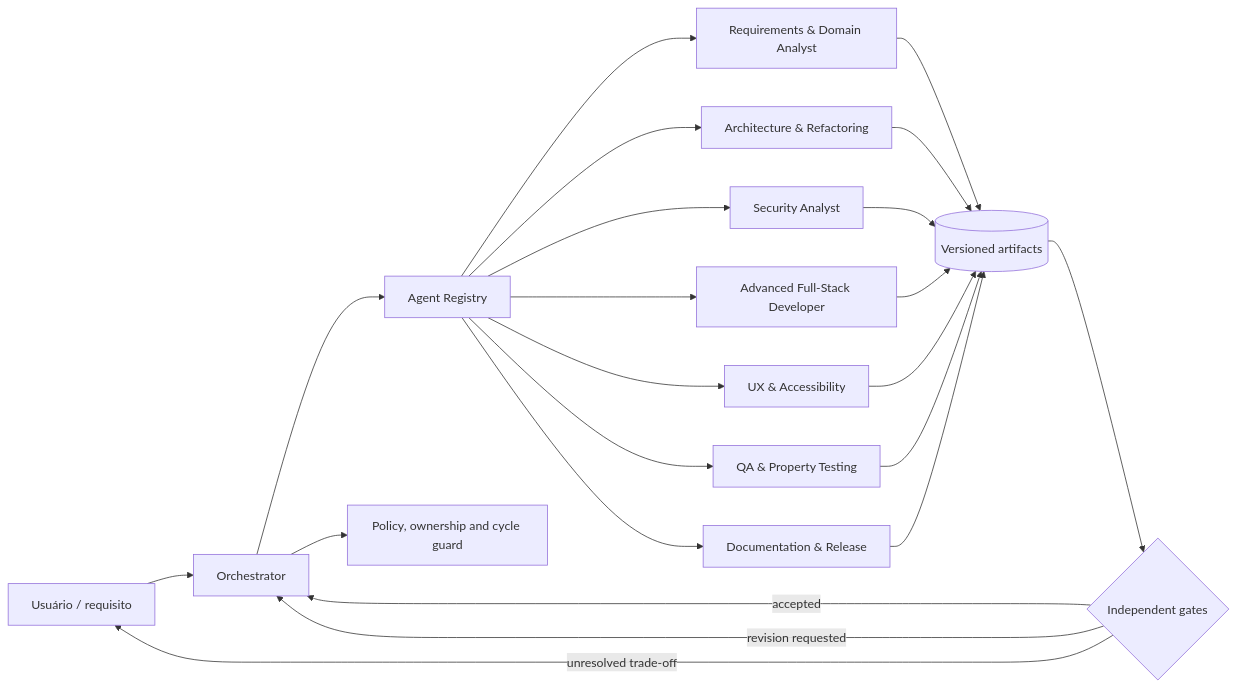
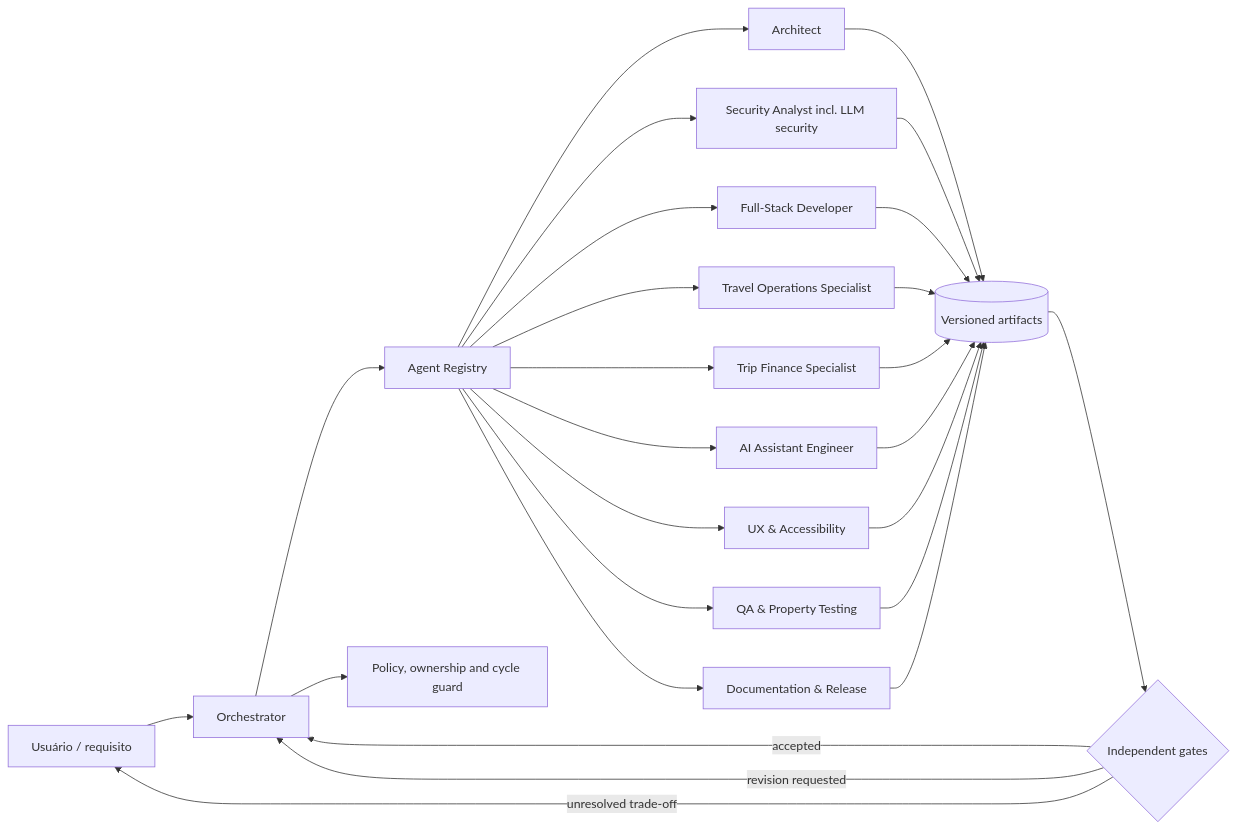
Before and after one commit to Tiago-D-Nocce/PlannerDuoUAT: the first of 15 diagrams in .kiro/specs/multi-agent-code-architecture/design.md, drawn with Mermaid. The commit also changed other lines of this file and 1 other file, not shown here.

````diff
--- a/.kiro/specs/multi-agent-code-architecture/design.md
+++ b/.kiro/specs/multi-agent-code-architecture/design.md
@@ -72,24 +135,28 @@
 ```mermaid
 flowchart LR
     U[Usuário / requisito] --> O[Orchestrator]
     O --> R[Agent Registry]
     O --> P[Policy, ownership and cycle guard]
-    R --> RA[Requirements & Domain Analyst]
-    R --> AR[Architecture & Refactoring]
-    R --> SA[Security Analyst]
-    R --> FS[Advanced Full-Stack Developer]
+    R --> AR[Architect]
+    R --> SA[Security Analyst incl. LLM security]
+    R --> FS[Full-Stack Developer]
+    R --> TO[Travel Operations Specialist]
+    R --> TF[Trip Finance Specialist]
+    R --> AI[AI Assistant Engineer]
     R --> UX[UX & Accessibility]
     R --> QA[QA & Property Testing]
     R --> DR[Documentation & Release]
-    RA --> A[(Versioned artifacts)]
-    AR --> A
+    AR --> A[(Versioned artifacts)]
     SA --> A
     FS --> A
+    TO --> A
+    TF --> A
+    AI --> A
     UX --> A
     QA --> A
     DR --> A
     A --> G{Independent gates}
     G -->|accepted| O
     G -->|revision requested| O
     G -->|unresolved trade-off| U
 ```
````
